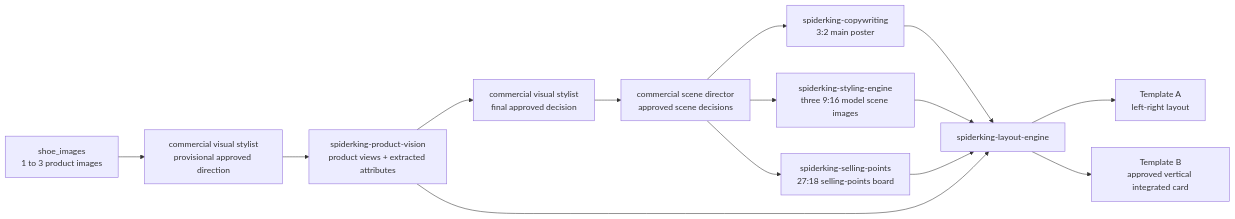
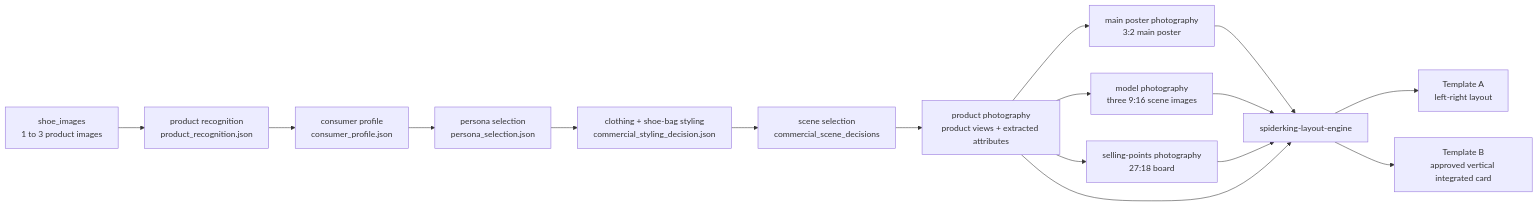
The diagram in skills/spiderking-brand-card-workflow/SKILL.md (chuweihua2026-lang/spiderking-ai-visual-workflow), drawn with Mermaid before and after one commit. The commit also changed other lines of this file and 9 other files, not shown here.

````diff
--- a/skills/spiderking-brand-card-workflow/SKILL.md
+++ b/skills/spiderking-brand-card-workflow/SKILL.md
@@ -62,19 +65,21 @@
 ```mermaid
 flowchart LR
-  A["shoe_images<br/>1 to 3 product images"] --> S0["commercial visual stylist<br/>provisional approved direction"]
-  S0 --> B["spiderking-product-vision<br/>product views + extracted attributes"]
-  B --> S1["commercial visual stylist<br/>final approved decision"]
-  S1 --> SD["commercial scene director<br/>approved scene decisions"]
+  A["shoe_images<br/>1 to 3 product images"] --> R["product recognition<br/>product_recognition.json"]
+  R --> CP["consumer profile<br/>consumer_profile.json"]
+  CP --> P["persona selection<br/>persona_selection.json"]
+  P --> ST["clothing + shoe-bag styling<br/>commercial_styling_decision.json"]
+  ST --> SD["scene selection<br/>commercial_scene_decisions"]
+  SD --> PV["product photography<br/>product views + extracted attributes"]
 
-  SD --> C["spiderking-copywriting<br/>3:2 main poster"]
-  SD --> D["spiderking-styling-engine<br/>three 9:16 model scene images"]
-  SD --> E["spiderking-selling-points<br/>27:18 selling-points board"]
+  PV --> C["main poster photography<br/>3:2 main poster"]
+  PV --> D["model photography<br/>three 9:16 scene images"]
+  PV --> E["selling-points photography<br/>27:18 board"]
 
   C --> F["spiderking-layout-engine"]
   D --> F
   E --> F
-  B --> F
+  PV --> F
 
   F --> G["Template A<br/>left-right layout"]
   F --> H["Template B<br/>approved vertical integrated card"]
 ```
````
